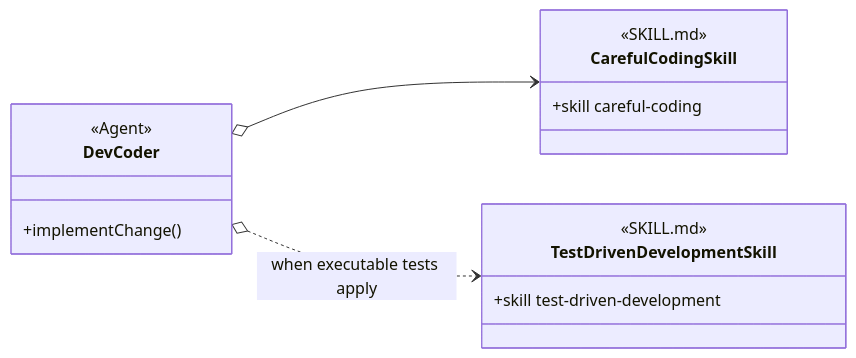
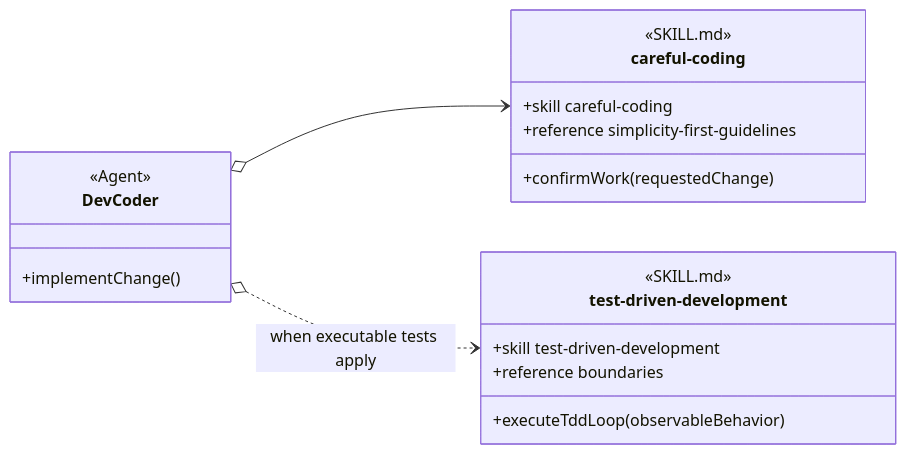
Before and after one commit to martinbechard/dev-methodology: the second of 11 diagrams in design/object-oriented-agent-and-skill-model.md, drawn with Mermaid. The commit also changed other lines of this file and 2 other files, not shown here.

Commit message:
Refine skill anatomy modeling

````diff
--- a/design/object-oriented-agent-and-skill-model.md
+++ b/design/object-oriented-agent-and-skill-model.md
@@ -117,24 +172,28 @@
 ```mermaid
 classDiagram
     direction LR
 
     class DevCoder {
         <<Agent>>
         +implementChange()
     }
 
-    class CarefulCodingSkill {
+    class careful-coding {
         <<SKILL.md>>
         <<Agent Skill>>
         +skill careful-coding
+        +confirmWork(requestedChange)
+        +reference simplicity-first-guidelines
     }
 
-    class TestDrivenDevelopmentSkill {
+    class test-driven-development {
         <<SKILL.md>>
         <<Agent Skill>>
         +skill test-driven-development
+        +executeTddLoop(observableBehavior)
+        +reference boundaries
     }
 
-    DevCoder o--> CarefulCodingSkill
-    DevCoder o..> TestDrivenDevelopmentSkill : when executable tests apply
+    DevCoder o--> careful-coding
+    DevCoder o..> test-driven-development : when executable tests apply
 ```
````
